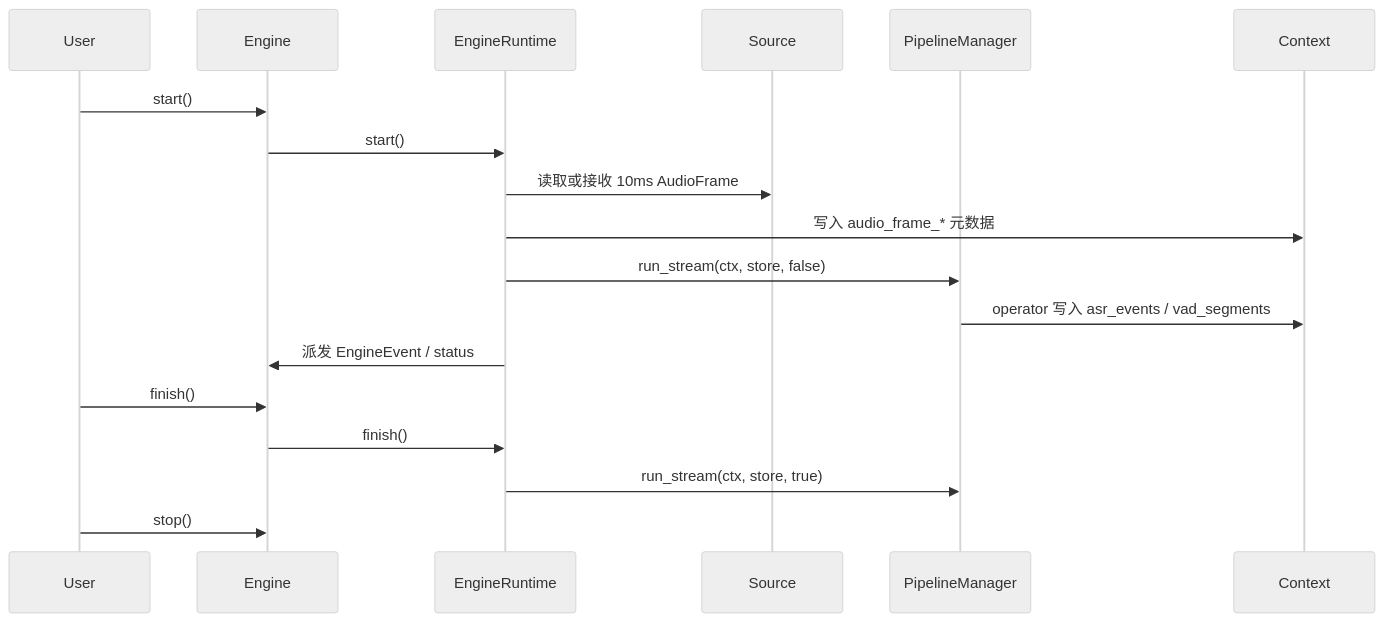
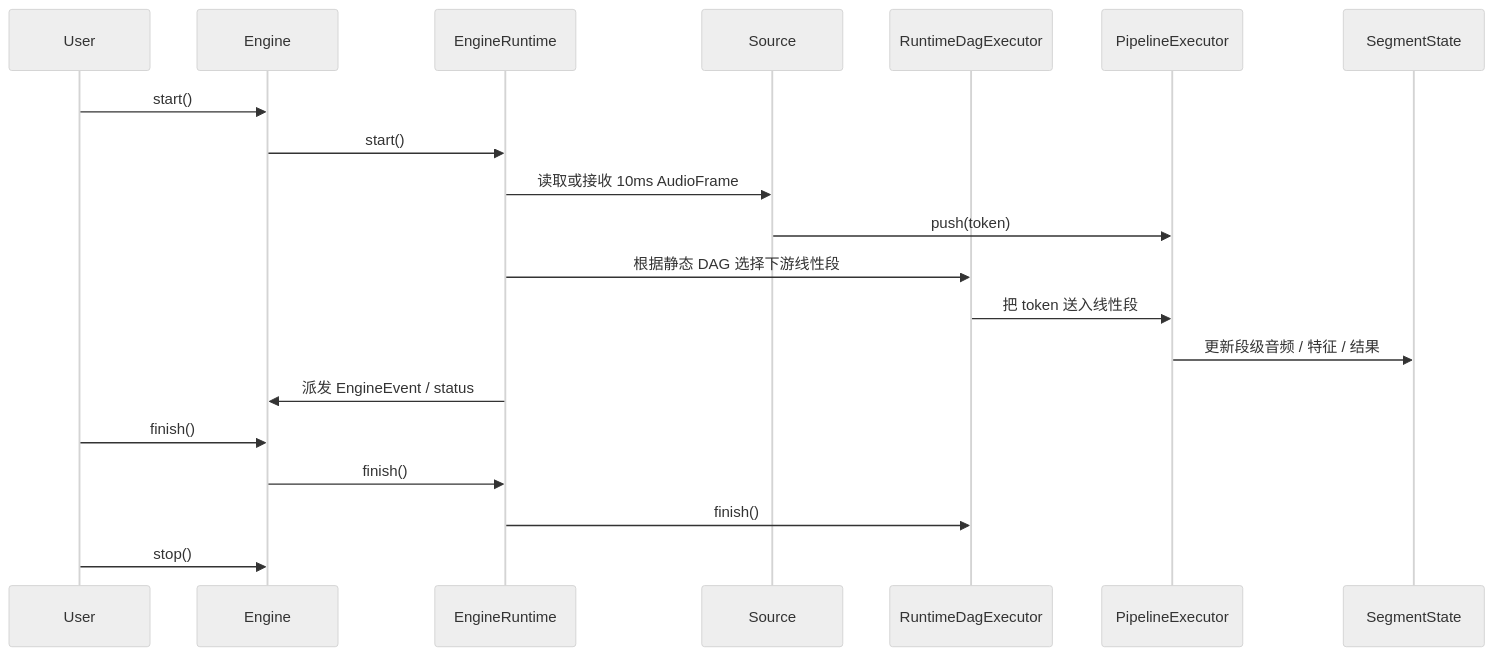
The second of 2 diagrams in doc/architecture.md (eagle-yw/Yspeech), drawn with Mermaid (neutral theme) before and after one commit. The commit also changed other lines of this file and 82 other files, not shown here.

First line of the commit message:
feat: Architecture refactor - Introduce Domain/Capability architecture, reorganize module structure

````diff
--- a/doc/architecture.md
+++ b/doc/architecture.md
@@ -36,21 +44,23 @@
 ```mermaid
 sequenceDiagram
     participant U as User
     participant E as Engine
     participant R as EngineRuntime
     participant S as Source
-    participant P as PipelineManager
-    participant C as Context
+    participant D as RuntimeDagExecutor
+    participant P as PipelineExecutor
+    participant G as SegmentState
 
     U->>E: start()
     E->>R: start()
     R->>S: 读取或接收 10ms AudioFrame
-    R->>C: 写入 audio_frame_* 元数据
-    R->>P: run_stream(ctx, store, false)
-    P->>C: operator 写入 asr_events / vad_segments
+    S->>P: push(token)
+    R->>D: 根据静态 DAG 选择下游线性段
+    D->>P: 把 token 送入线性段
+    P->>G: 更新段级音频 / 特征 / 结果
     R->>E: 派发 EngineEvent / status
     U->>E: finish()
     E->>R: finish()
-    R->>P: run_stream(ctx, store, true)
+    R->>D: finish()
     U->>E: stop()
 ```
````
